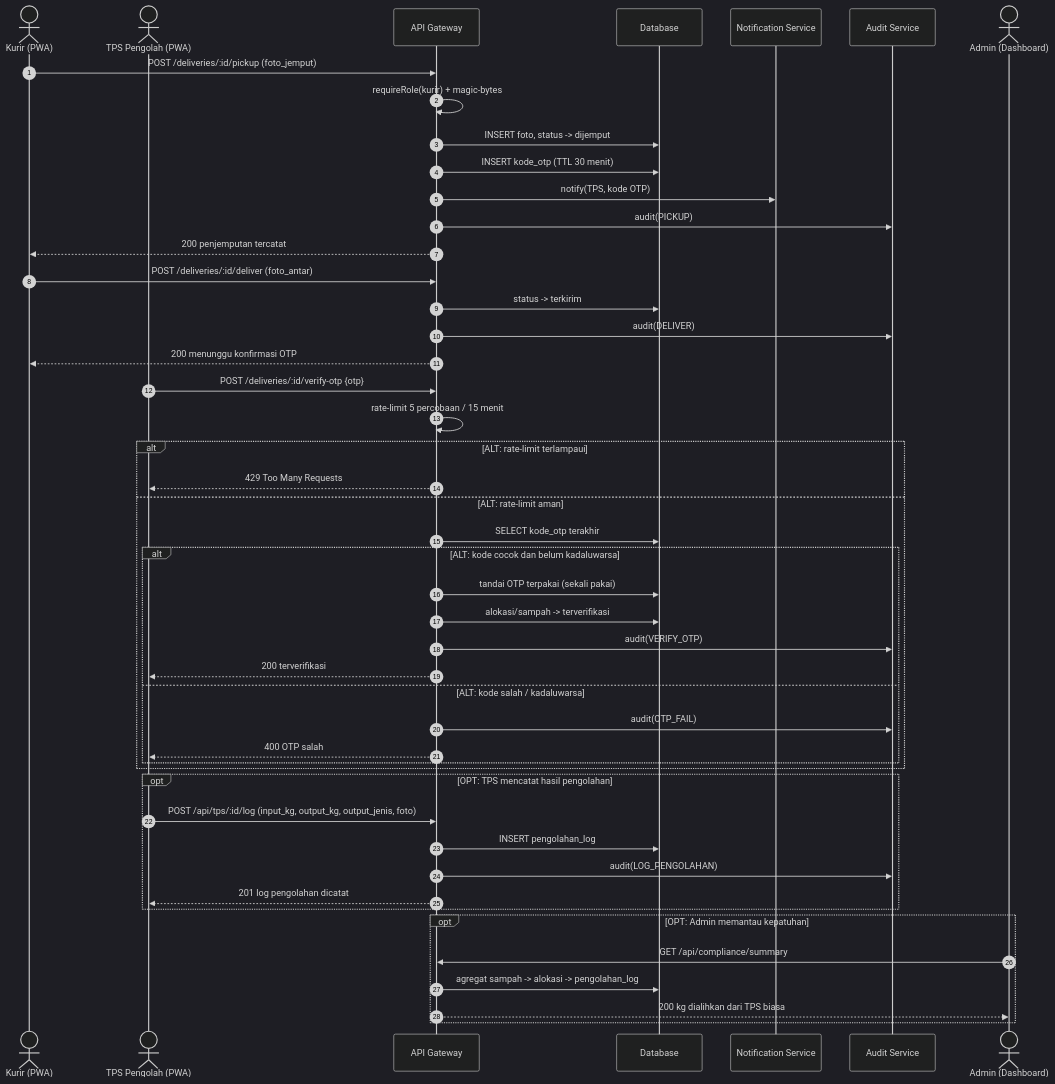
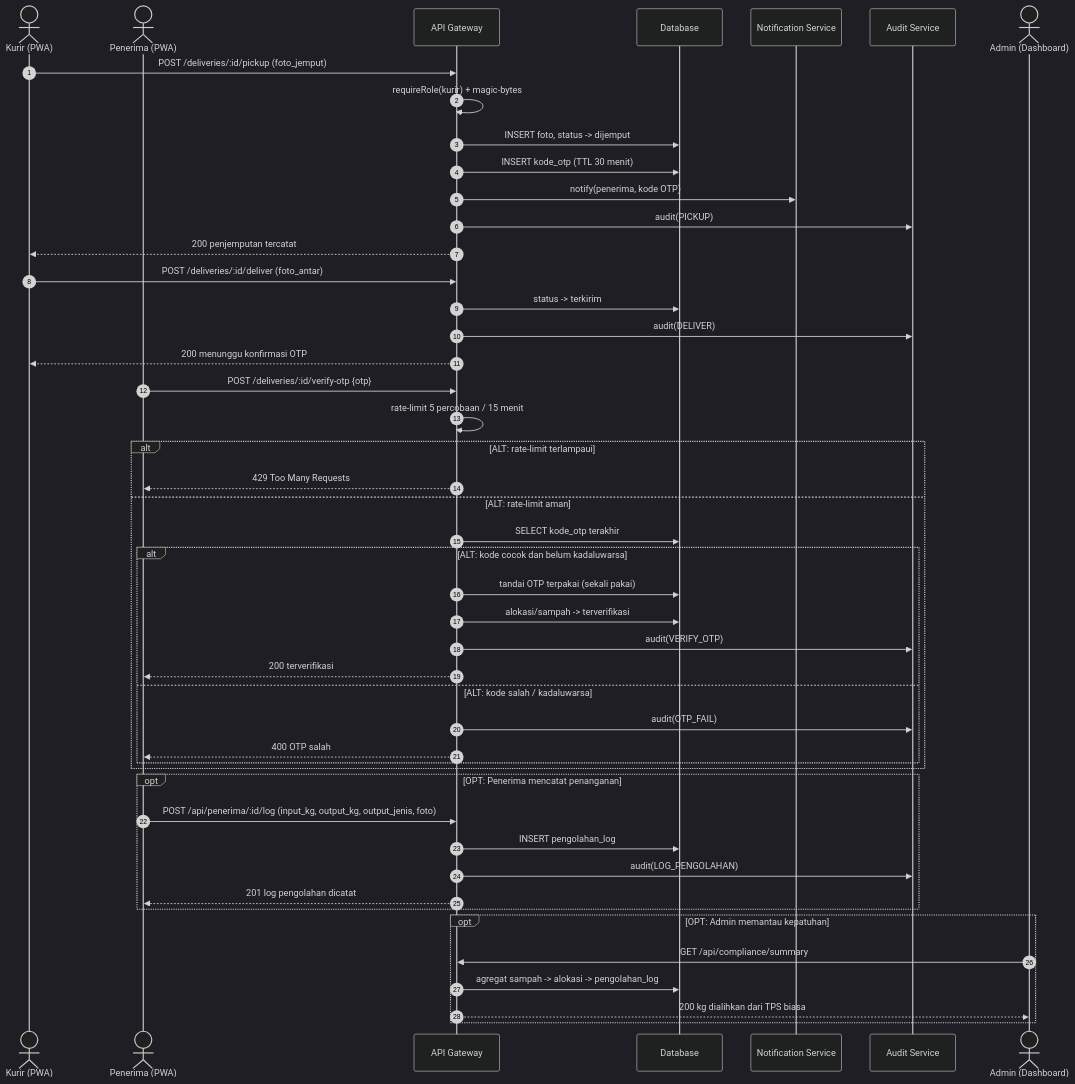
The ninth of 10 diagrams in docs/arsitektur/Dokumen_Arsitektur_Sistem_EcoMatch_v2.0.md (naylaaurellia18-web/ecomatch), drawn with Mermaid (dark theme) before and after one commit. The commit also changed other lines of this file and 110 other files, not shown here.

````diff
--- a/docs/arsitektur/Dokumen_Arsitektur_Sistem_EcoMatch_v2.0.md
+++ b/docs/arsitektur/Dokumen_Arsitektur_Sistem_EcoMatch_v2.0.md
@@ -496,54 +498,54 @@
 ```mermaid
 sequenceDiagram
     autonumber
     actor K as Kurir (PWA)
-    actor T as TPS Pengolah (PWA)
+    actor T as Penerima (PWA)
     participant API as API Gateway
     participant DB as Database
     participant NS as Notification Service
     participant AU as Audit Service
     actor A as Admin (Dashboard)
 
     K->>API: POST /deliveries/:id/pickup (foto_jemput)
     API->>API: requireRole(kurir) + magic-bytes
     API->>DB: INSERT foto, status -> dijemput
     API->>DB: INSERT kode_otp (TTL 30 menit)
-    API->>NS: notify(TPS, kode OTP)
+    API->>NS: notify(penerima, kode OTP)
     API->>AU: audit(PICKUP)
     API-->>K: 200 penjemputan tercatat
 
     K->>API: POST /deliveries/:id/deliver (foto_antar)
     API->>DB: status -> terkirim
     API->>AU: audit(DELIVER)
     API-->>K: 200 menunggu konfirmasi OTP
 
     T->>API: POST /deliveries/:id/verify-otp {otp}
     API->>API: rate-limit 5 percobaan / 15 menit
     alt ALT: rate-limit terlampaui
         API-->>T: 429 Too Many Requests
     else ALT: rate-limit aman
         API->>DB: SELECT kode_otp terakhir
         alt ALT: kode cocok dan belum kadaluwarsa
             API->>DB: tandai OTP terpakai (sekali pakai)
             API->>DB: alokasi/sampah -> terverifikasi
             API->>AU: audit(VERIFY_OTP)
             API-->>T: 200 terverifikasi
         else ALT: kode salah / kadaluwarsa
             API->>AU: audit(OTP_FAIL)
             API-->>T: 400 OTP salah
         end
     end
 
-    opt OPT: TPS mencatat hasil pengolahan
-        T->>API: POST /api/tps/:id/log (input_kg, output_kg, output_jenis, foto)
+    opt OPT: Penerima mencatat penanganan
+        T->>API: POST /api/penerima/:id/log (input_kg, output_kg, output_jenis, foto)
         API->>DB: INSERT pengolahan_log
         API->>AU: audit(LOG_PENGOLAHAN)
         API-->>T: 201 log pengolahan dicatat
     end
 
     opt OPT: Admin memantau kepatuhan
         A->>API: GET /api/compliance/summary
         API->>DB: agregat sampah -> alokasi -> pengolahan_log
         API-->>A: 200 kg dialihkan dari TPS biasa
     end
 ```
````
